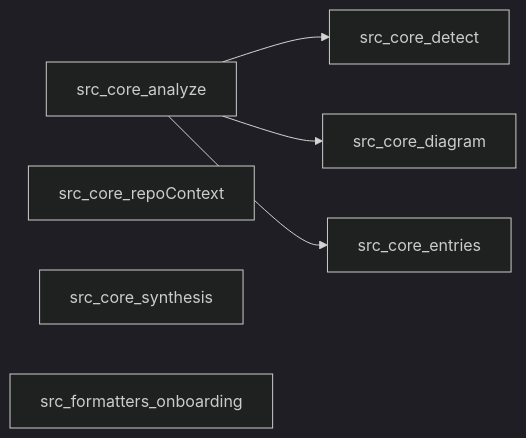
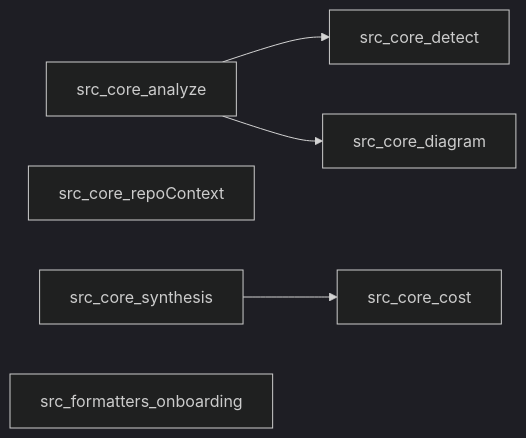
Before and after one commit to ahmedbutt2015/spine: the diagram in .claude/REPO_CONTEXT.md, drawn with Mermaid (dark theme). The commit also changed other lines of this file and 14 other files, not shown here.

````diff
--- a/.claude/REPO_CONTEXT.md
+++ b/.claude/REPO_CONTEXT.md
@@ -16,13 +16,13 @@
 ```mermaid
 flowchart LR
   src_core_analyze
   src_core_repoContext
   src_core_synthesis
   src_formatters_onboarding
+  src_core_cost
   src_core_detect
   src_core_diagram
-  src_core_entries
   src_core_analyze --> src_core_detect
   src_core_analyze --> src_core_diagram
-  src_core_analyze --> src_core_entries
+  src_core_synthesis --> src_core_cost
 ```
````
